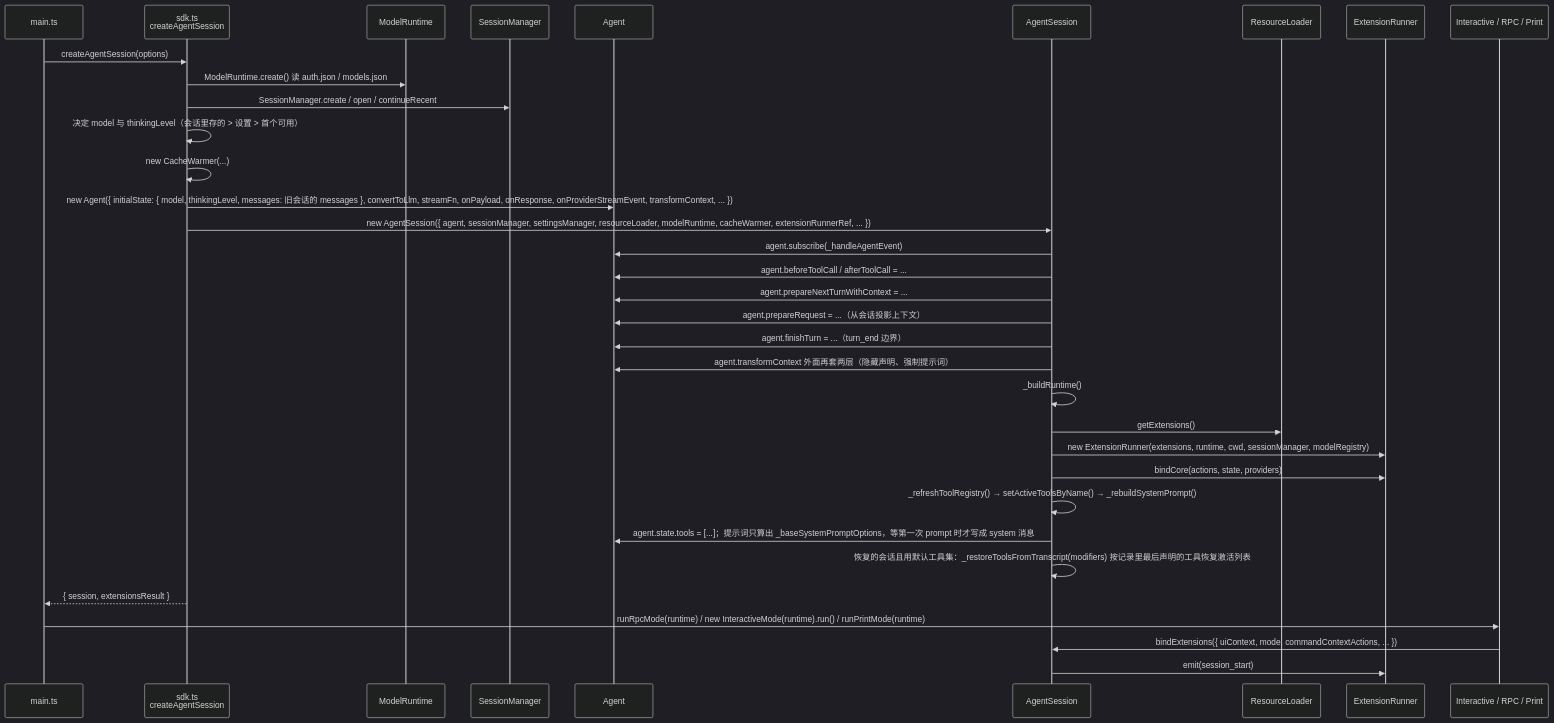
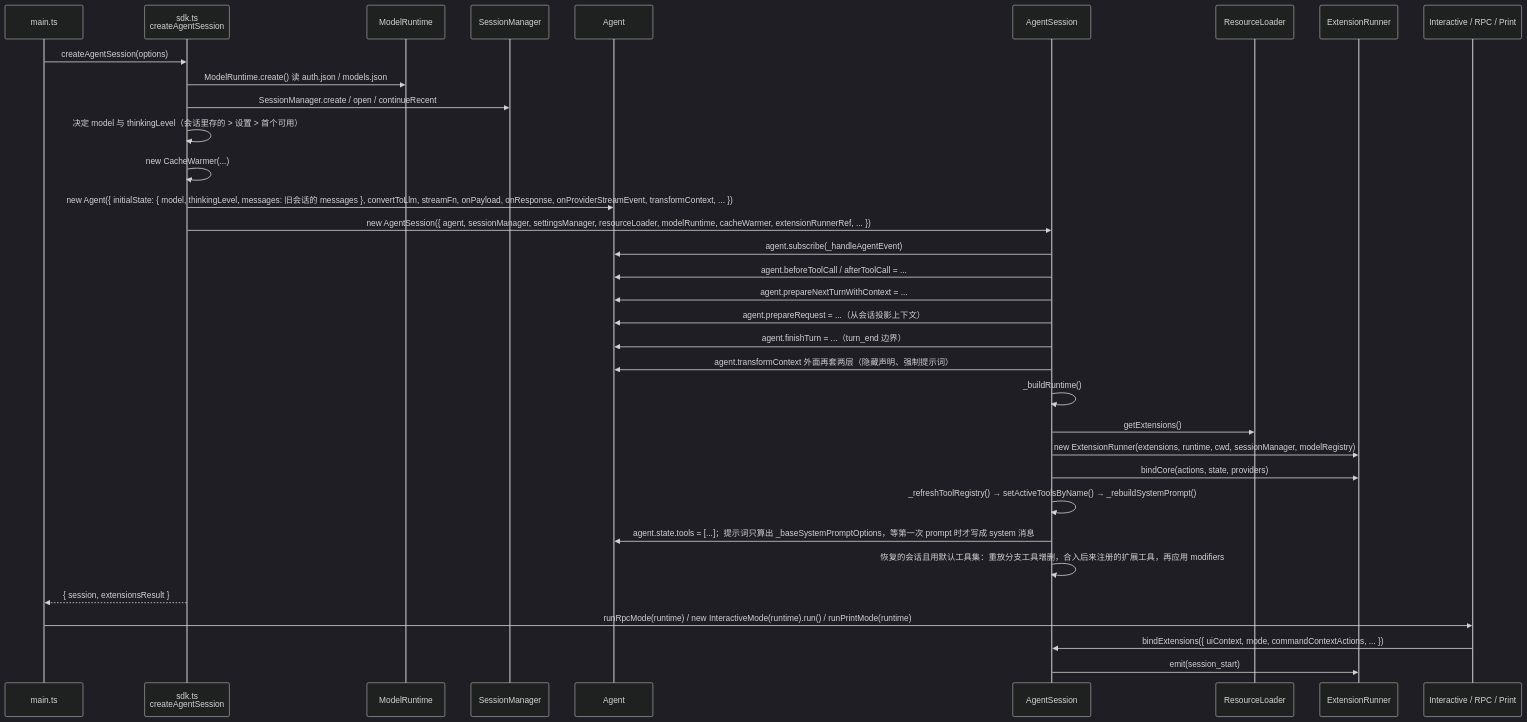
Before and after one commit to nickqiaoo/nickqiaoo.github.io: diagram 11 of 19 in src/content/post/agents-pi-mono/index.md, drawn with Mermaid (dark theme). The commit also changed other lines of this file and 3 other files, not shown here.

````diff
--- a/src/content/post/agents-pi-mono/index.md
+++ b/src/content/post/agents-pi-mono/index.md
@@ -1286,37 +1288,37 @@
 ```mermaid
 sequenceDiagram
   participant M as main.ts
   participant SDK as sdk.ts<br/>createAgentSession
   participant MR as ModelRuntime
   participant SM as SessionManager
   participant AG as Agent
   participant AS as AgentSession
   participant RL as ResourceLoader
   participant ER as ExtensionRunner
   participant Mode as Interactive / RPC / Print
 
   M->>SDK: createAgentSession(options)
   SDK->>MR: ModelRuntime.create() 读 auth.json / models.json
   SDK->>SM: SessionManager.create / open / continueRecent
   SDK->>SDK: 决定 model 与 thinkingLevel（会话里存的 > 设置 > 首个可用）
   SDK->>SDK: new CacheWarmer(...)
   SDK->>AG: new Agent({ initialState: { model, thinkingLevel, messages: 旧会话的 messages }, convertToLlm, streamFn, onPayload, onResponse, onProviderStreamEvent, transformContext, ... })
   SDK->>AS: new AgentSession({ agent, sessionManager, settingsManager, resourceLoader, modelRuntime, cacheWarmer, extensionRunnerRef, ... })
   AS->>AG: agent.subscribe(_handleAgentEvent)
   AS->>AG: agent.beforeToolCall / afterToolCall = ...
   AS->>AG: agent.prepareNextTurnWithContext = ...
   AS->>AG: agent.prepareRequest = ...（从会话投影上下文）
   AS->>AG: agent.finishTurn = ...（turn_end 边界）
   AS->>AG: agent.transformContext 外面再套两层（隐藏声明、强制提示词）
   AS->>AS: _buildRuntime()
   AS->>RL: getExtensions()
   AS->>ER: new ExtensionRunner(extensions, runtime, cwd, sessionManager, modelRegistry)
   AS->>ER: bindCore(actions, state, providers)
   AS->>AS: _refreshToolRegistry() → setActiveToolsByName() → _rebuildSystemPrompt()
   AS->>AG: agent.state.tools = [...]；提示词只算出 _baseSystemPromptOptions，等第一次 prompt 时才写成 system 消息
-  AS->>AS: 恢复的会话且用默认工具集：_restoreToolsFromTranscript(modifiers) 按记录里最后声明的工具恢复激活列表
+  AS->>AS: 恢复的会话且用默认工具集：重放分支工具增删，合入后来注册的扩展工具，再应用 modifiers
   SDK-->>M: { session, extensionsResult }
   M->>Mode: runRpcMode(runtime) / new InteractiveMode(runtime).run() / runPrintMode(runtime)
   Mode->>AS: bindExtensions({ uiContext, mode, commandContextActions, ... })
   AS->>ER: emit(session_start)
 ```
````
